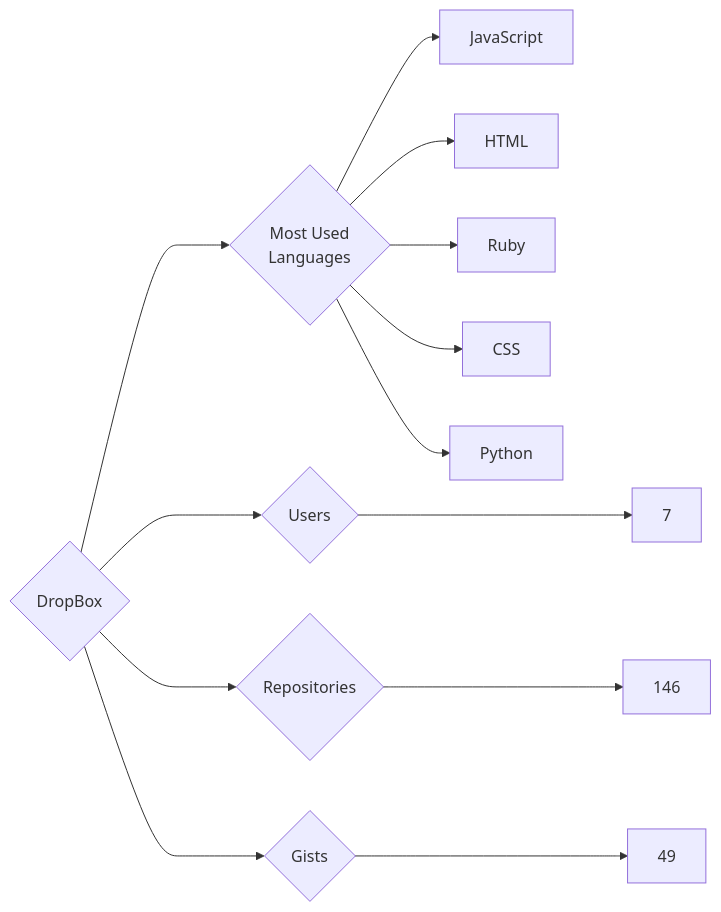
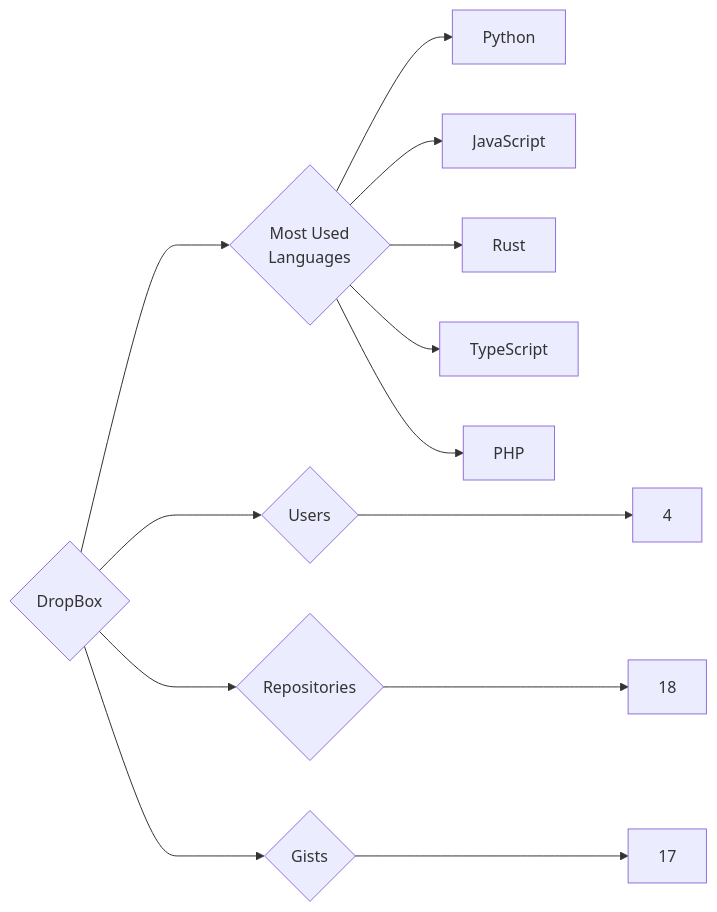
Before and after one commit to trickest/insiders: the diagram in targets/DropBox/README.md, drawn with Mermaid. The commit also changed 1175 other files, not shown here.

````diff
--- a/targets/DropBox/README.md
+++ b/targets/DropBox/README.md
@@ -3,13 +3,13 @@
 ```mermaid
 graph LR
 COMPANY_NAME{DropBox}
-COMPANY_NAME ---> U{Users} ---> UN[7]
-COMPANY_NAME ---> R{Repositories} ---> RN[146]
-COMPANY_NAME ---> G{Gists} ---> GN[49]
+COMPANY_NAME ---> U{Users} ---> UN[4]
+COMPANY_NAME ---> R{Repositories} ---> RN[18]
+COMPANY_NAME ---> G{Gists} ---> GN[17]
 COMPANY_NAME ---> ML{Most Used<br>Languages}
+ML --> Python[Python]
 ML --> JavaScript[JavaScript]
-ML --> HTML[HTML]
-ML --> Ruby[Ruby]
-ML --> CSS[CSS]
-ML --> Python[Python]
+ML --> Rust[Rust]
+ML --> TypeScript[TypeScript]
+ML --> PHP[PHP]
 ```
````
